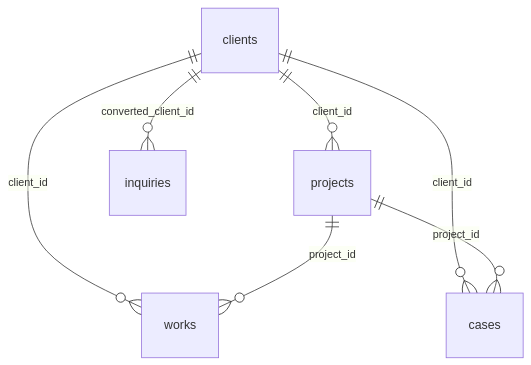
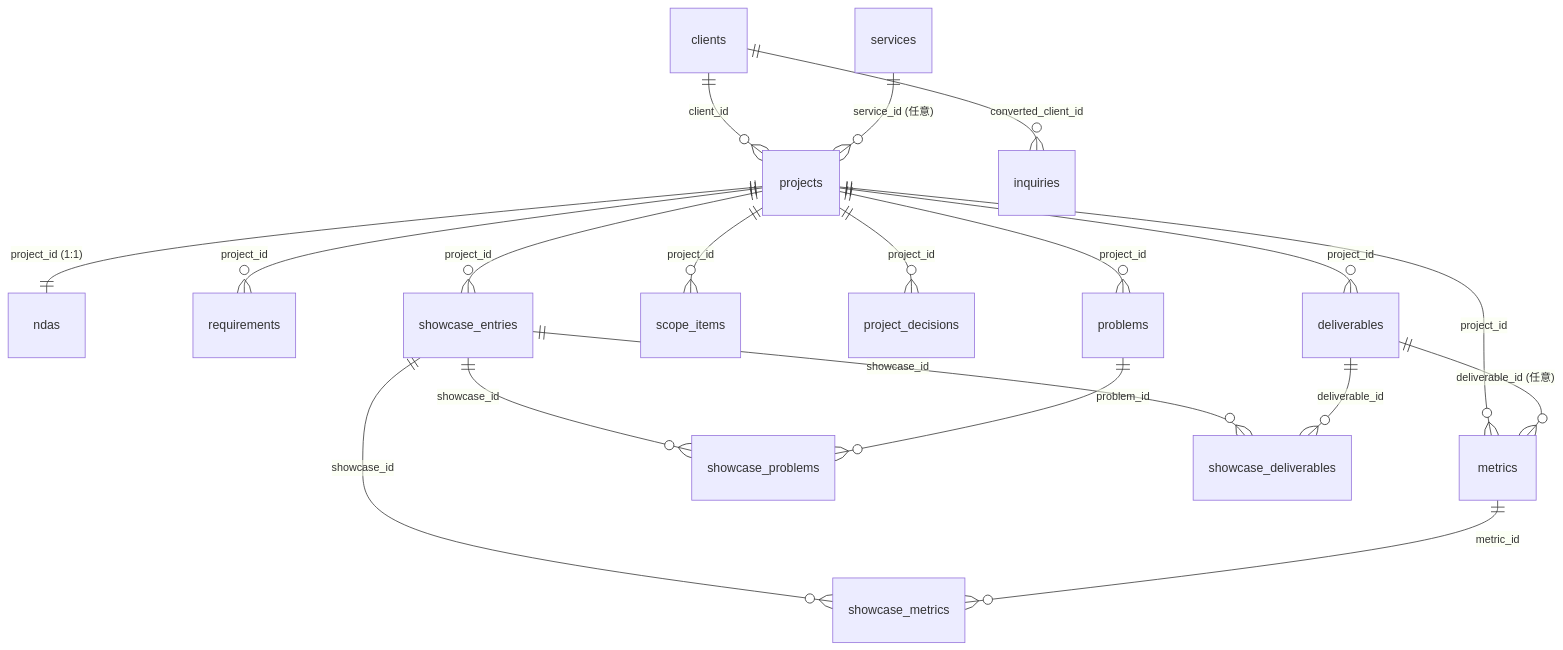
Before and after one commit to niqostudio/niqostudio: the diagram in docs/core/schema.md, drawn with Mermaid. The commit also changed other lines of this file and 3 other files, not shown here.

````diff
--- a/docs/core/schema.md
+++ b/docs/core/schema.md
@@ -21,9 +37,21 @@
 ```mermaid
 erDiagram
-    clients  ||--o{ projects  : "client_id"
-    clients  ||--o{ works     : "client_id"
-    clients  ||--o{ cases     : "client_id"
-    clients  ||--o{ inquiries : "converted_client_id"
-    projects ||--o{ works     : "project_id"
-    projects ||--o{ cases     : "project_id"
+    clients      ||--o{ projects          : "client_id"
+    services     ||--o{ projects          : "service_id (任意)"
+    clients      ||--o{ inquiries         : "converted_client_id"
+    projects     ||--|| ndas              : "project_id (1:1)"
+    projects     ||--o{ requirements      : "project_id"
+    projects     ||--o{ problems          : "project_id"
+    projects     ||--o{ scope_items       : "project_id"
+    projects     ||--o{ project_decisions : "project_id"
+    projects     ||--o{ deliverables      : "project_id"
+    projects     ||--o{ metrics           : "project_id"
+    deliverables ||--o{ metrics           : "deliverable_id (任意)"
+    projects     ||--o{ showcase_entries  : "project_id"
+    showcase_entries ||--o{ showcase_problems     : "showcase_id"
+    problems         ||--o{ showcase_problems     : "problem_id"
+    showcase_entries ||--o{ showcase_deliverables : "showcase_id"
+    deliverables     ||--o{ showcase_deliverables : "deliverable_id"
+    showcase_entries ||--o{ showcase_metrics      : "showcase_id"
+    metrics          ||--o{ showcase_metrics      : "metric_id"
 ```
````
